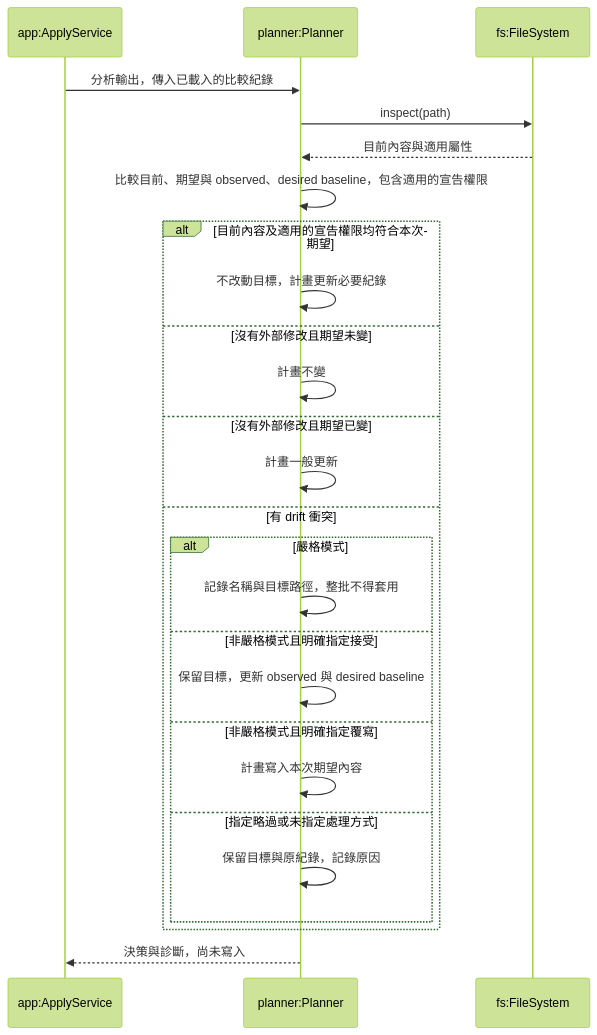
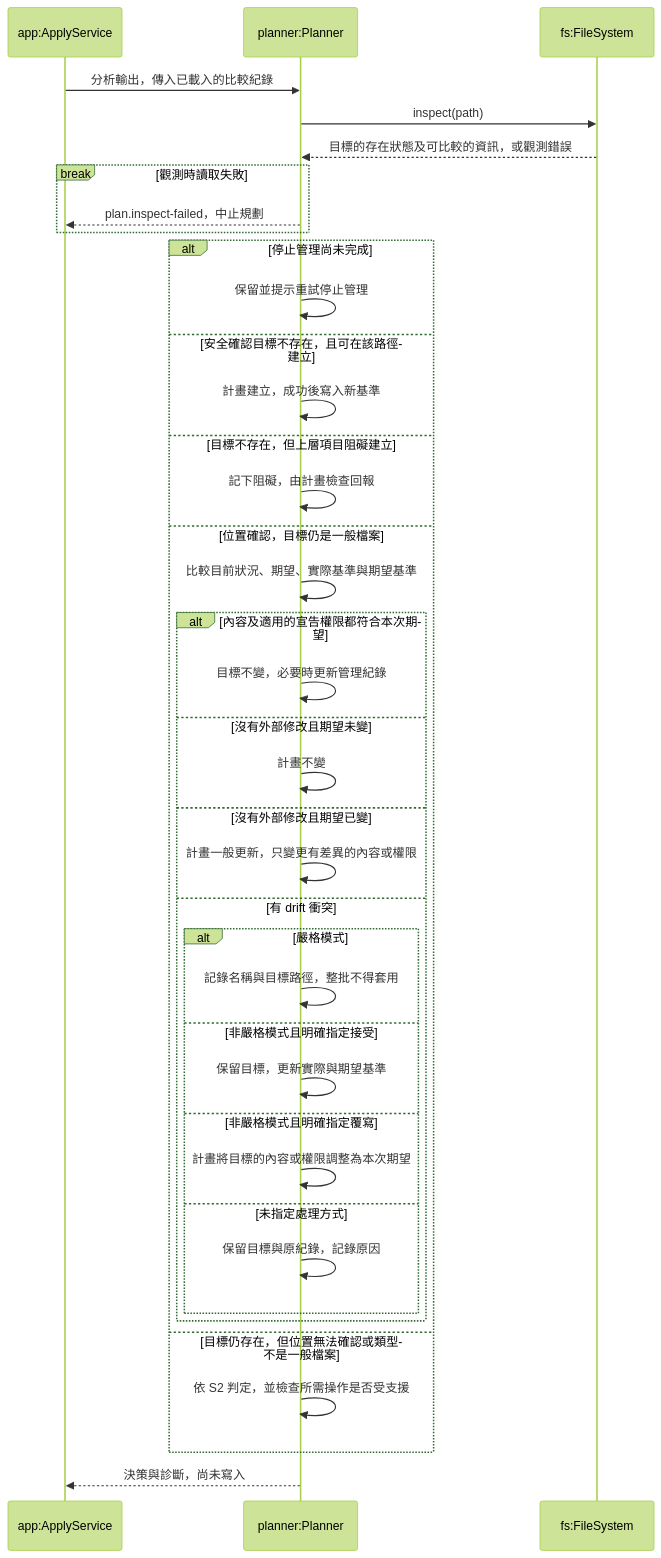
One commit to accidental-two-timer-sam-woof/rosamta-waterfall changed the seventh of 10 diagrams in docs/03-preliminary-design/uml.md. Above: the diagram before and after it, drawn with Mermaid (forest theme). The commit also changed other lines of this file, not shown here.

Commit message:
docs(uml): align preliminary design flows

````diff
--- a/docs/03-preliminary-design/uml.md
+++ b/docs/03-preliminary-design/uml.md
@@ -516,28 +551,41 @@
 ```mermaid
 sequenceDiagram
     participant A as app:ApplyService
     participant P as planner:Planner
     participant F as fs:FileSystem
     A->>P: 分析輸出，傳入已載入的比較紀錄
     P->>F: inspect(path)
-    F-->>P: 目前內容與適用屬性
-    P->>P: 比較目前、期望與 observed、desired baseline，包含適用的宣告權限
-    alt 目前內容及適用的宣告權限均符合本次期望
-        P->>P: 不改動目標，計畫更新必要紀錄
-    else 沒有外部修改且期望未變
-        P->>P: 計畫不變
-    else 沒有外部修改且期望已變
-        P->>P: 計畫一般更新
-    else 有 drift 衝突
-        alt 嚴格模式
-            P->>P: 記錄名稱與目標路徑，整批不得套用
-        else 非嚴格模式且明確指定接受
-            P->>P: 保留目標，更新 observed 與 desired baseline
-        else 非嚴格模式且明確指定覆寫
-            P->>P: 計畫寫入本次期望內容
-        else 指定略過或未指定處理方式
-            P->>P: 保留目標與原紀錄，記錄原因
+    F-->>P: 目標的存在狀態及可比較的資訊，或觀測錯誤
+    break 觀測時讀取失敗
+        P-->>A: plan.inspect-failed，中止規劃
+    end
+    alt 停止管理尚未完成
+        P->>P: 保留並提示重試停止管理
+    else 安全確認目標不存在，且可在該路徑建立
+        P->>P: 計畫建立，成功後寫入新基準
+    else 目標不存在，但上層項目阻礙建立
+        P->>P: 記下阻礙，由計畫檢查回報
+    else 位置確認，目標仍是一般檔案
+        P->>P: 比較目前狀況、期望、實際基準與期望基準
+        alt 內容及適用的宣告權限都符合本次期望
+            P->>P: 目標不變，必要時更新管理紀錄
+        else 沒有外部修改且期望未變
+            P->>P: 計畫不變
+        else 沒有外部修改且期望已變
+            P->>P: 計畫一般更新，只變更有差異的內容或權限
+        else 有 drift 衝突
+            alt 嚴格模式
+                P->>P: 記錄名稱與目標路徑，整批不得套用
+            else 非嚴格模式且明確指定接受
+                P->>P: 保留目標，更新實際與期望基準
+            else 非嚴格模式且明確指定覆寫
+                P->>P: 計畫將目標的內容或權限調整為本次期望
+            else 未指定處理方式
+                P->>P: 保留目標與原紀錄，記錄原因
+            end
         end
+    else 目標仍存在，但位置無法確認或類型不是一般檔案
+        P->>P: 依 S2 判定，並檢查所需操作是否受支援
     end
     P-->>A: 決策與診斷，尚未寫入
 ```
````
